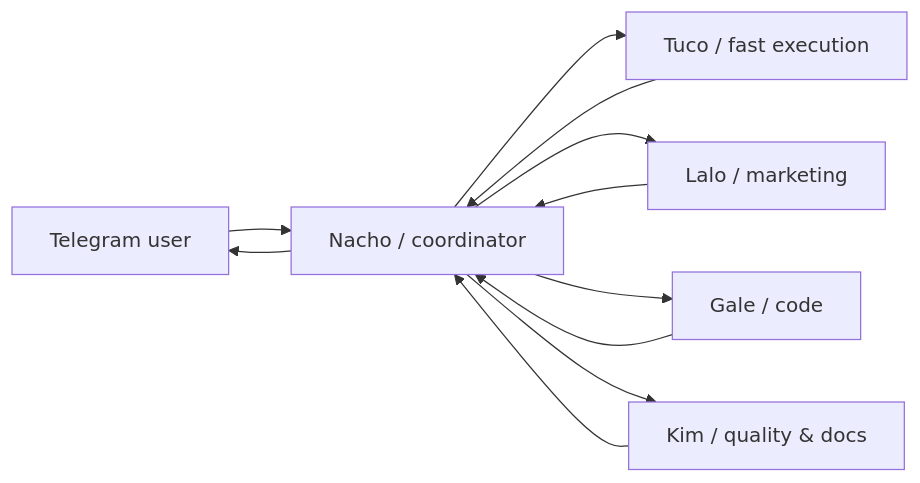
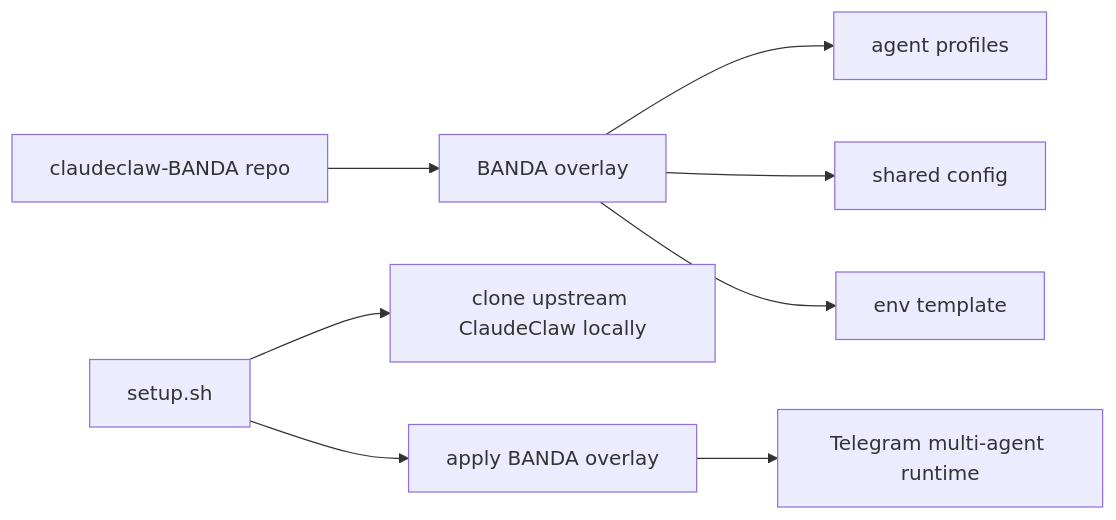
The diagram in README.md (tautiev-ui/claudeclaw-BANDA), drawn with Mermaid before and after one commit. The commit also changed other lines of this file and 256 other files, not shown here.

Commit message:
chore: convert BANDA to licensed overlay starter kit

````diff
--- a/README.md
+++ b/README.md
@@ -39,13 +64,10 @@
 ```mermaid
 flowchart LR
-    U[Telegram user] --> N[Nacho / coordinator]
-    N --> T[Tuco / fast execution]
-    N --> L[Lalo / marketing]
-    N --> G[Gale / code]
-    N --> K[Kim / quality & docs]
-    T --> N
-    L --> N
-    G --> N
-    K --> N
-    N --> U
+    R[claudeclaw-BANDA repo] --> O[BANDA overlay]
+    O --> A[agent profiles]
+    O --> C[shared config]
+    O --> E[env template]
+    S[setup.sh] --> U[clone upstream ClaudeClaw locally]
+    S --> P[apply BANDA overlay]
+    P --> T[Telegram multi-agent runtime]
 ```
````
